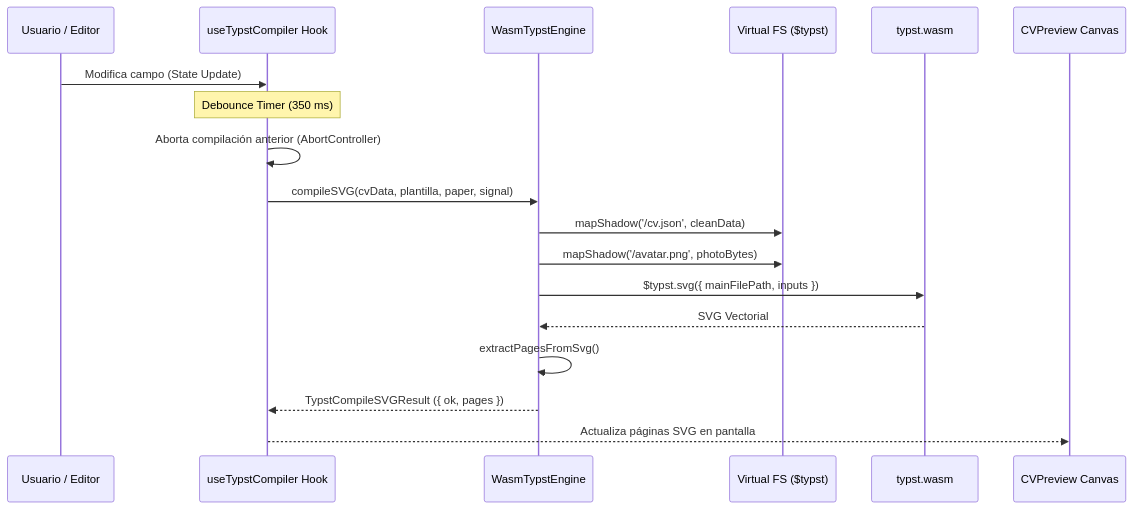
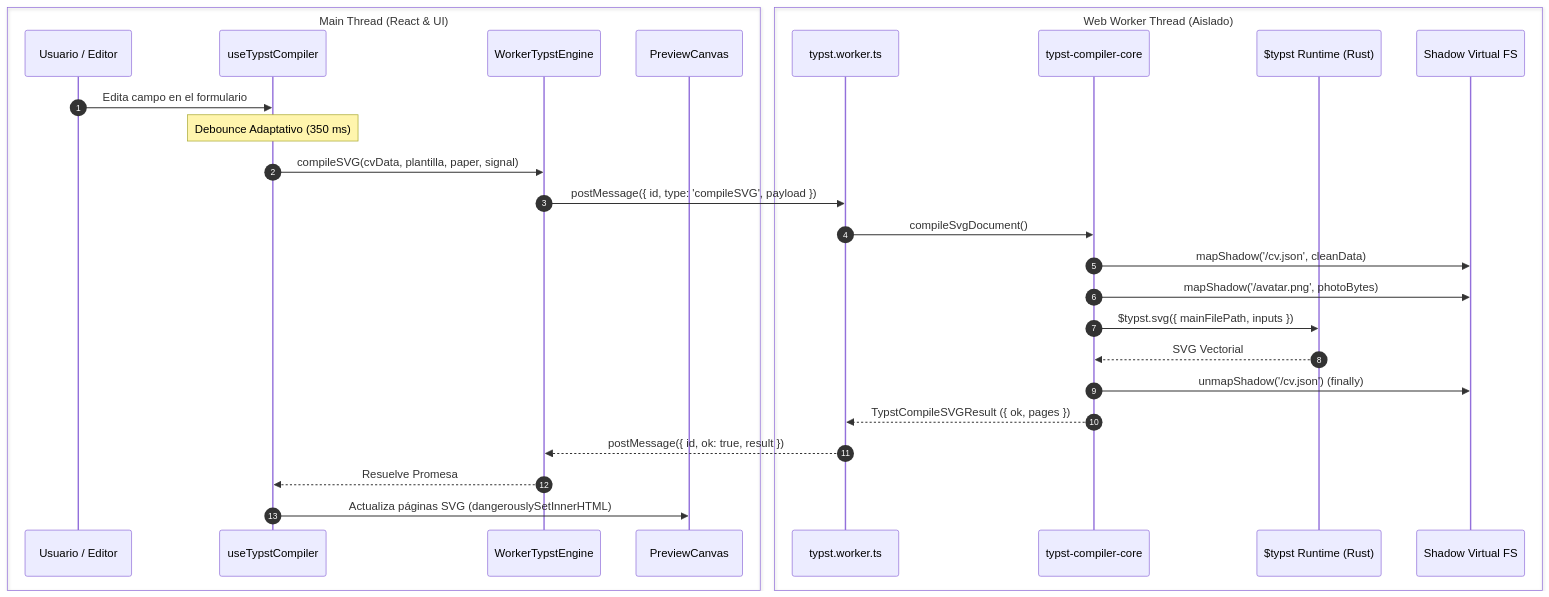
The diagram in docs/wiki/03-Motor-Typst-y-WASM.md (Killa-Tech/killa-cv), drawn with Mermaid before and after one commit. The commit also changed other lines of this file and 6 other files, not shown here.

````diff
--- a/docs/wiki/03-Motor-Typst-y-WASM.md
+++ b/docs/wiki/03-Motor-Typst-y-WASM.md
@@ -72,21 +108,32 @@
 ```mermaid
 sequenceDiagram
+    autonumber
+    box Main Thread (React & UI)
     participant User as Usuario / Editor
-    participant Hook as useTypstCompiler Hook
-    participant Engine as WasmTypstEngine
-    participant VirtualFS as Virtual FS ($typst)
-    participant WASM as typst.wasm
-    participant Preview as CVPreview Canvas
+    participant Hook as useTypstCompiler
+    participant Client as WorkerTypstEngine
+    participant Canvas as PreviewCanvas
+    end
 
-    User->>Hook: Modifica campo (State Update)
-    Note over Hook: Debounce Timer (350 ms)
-    Hook->>Hook: Aborta compilación anterior (AbortController)
-    Hook->>Engine: compileSVG(cvData, plantilla, paper, signal)
-    Engine->>VirtualFS: mapShadow('/cv.json', cleanData)
-    Engine->>VirtualFS: mapShadow('/avatar.png', photoBytes)
-    Engine->>WASM: $typst.svg({ mainFilePath, inputs })
-    WASM-->>Engine: SVG Vectorial
-    Engine->>Engine: extractPagesFromSvg()
-    Engine-->>Hook: TypstCompileSVGResult ({ ok, pages })
-    Hook-->>Preview: Actualiza páginas SVG en pantalla
+    box Web Worker Thread (Aislado)
+    participant Worker as typst.worker.ts
+    participant Core as typst-compiler-core
+    participant WASM as $typst Runtime (Rust)
+    participant VirtualFS as Shadow Virtual FS
+    end
+
+    User->>Hook: Edita campo en el formulario
+    Note over Hook: Debounce Adaptativo (350 ms)
+    Hook->>Client: compileSVG(cvData, plantilla, paper, signal)
+    Client->>Worker: postMessage({ id, type: 'compileSVG', payload })
+    Worker->>Core: compileSvgDocument()
+    Core->>VirtualFS: mapShadow('/cv.json', cleanData)
+    Core->>VirtualFS: mapShadow('/avatar.png', photoBytes)
+    Core->>WASM: $typst.svg({ mainFilePath, inputs })
+    WASM-->>Core: SVG Vectorial
+    Core->>VirtualFS: unmapShadow('/cv.json') (finally)
+    Core-->>Worker: TypstCompileSVGResult ({ ok, pages })
+    Worker-->>Client: postMessage({ id, ok: true, result })
+    Client-->>Hook: Resuelve Promesa
+    Hook->>Canvas: Actualiza páginas SVG (dangerouslySetInnerHTML)
 ```
````
